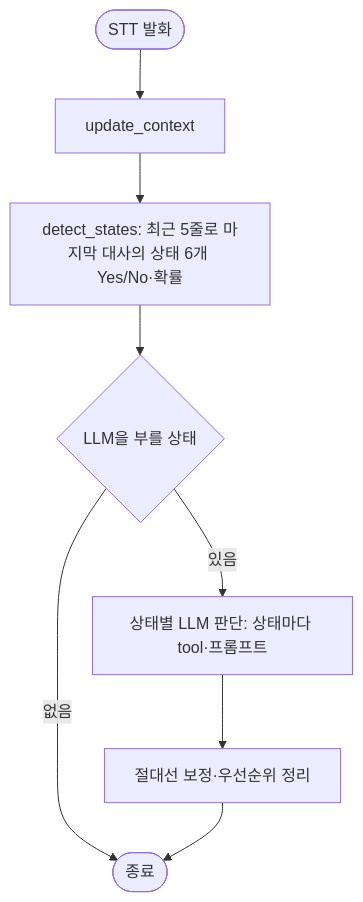
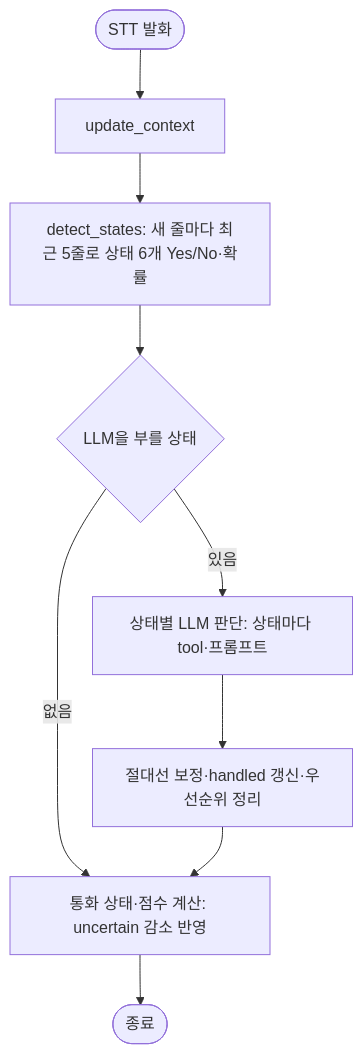
The diagram in openspec/changes/jev-state-agents/design.md (M4-Scamshield/scam-agent), drawn with Mermaid before and after one commit. The commit also changed other lines of this file and 4 other files, not shown here.

````diff
--- a/openspec/changes/jev-state-agents/design.md
+++ b/openspec/changes/jev-state-agents/design.md
@@ -14,10 +14,11 @@
 ```mermaid
 flowchart TD
     S([STT 발화]) --> U[update_context]
-    U --> J[detect_states: 최근 5줄로 마지막 대사의 상태 6개 Yes/No·확률]
+    U --> J[detect_states: 새 줄마다 최근 5줄로 상태 6개 Yes/No·확률]
     J --> R{LLM을 부를 상태}
-    R -->|없음| E([종료])
+    R -->|없음| P[통화 상태·점수 계산: uncertain 감소 반영]
     R -->|있음| A[상태별 LLM 판단: 상태마다 tool·프롬프트]
-    A --> G[절대선 보정·우선순위 정리]
-    G --> E
+    A --> G[절대선 보정·handled 갱신·우선순위 정리]
+    G --> P
+    P --> E([종료])
 ```
````
